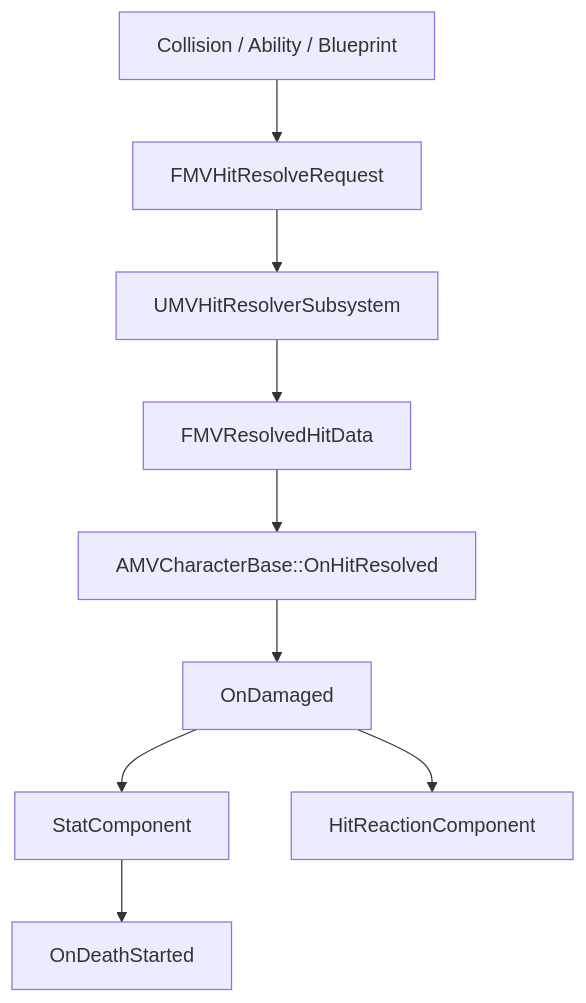
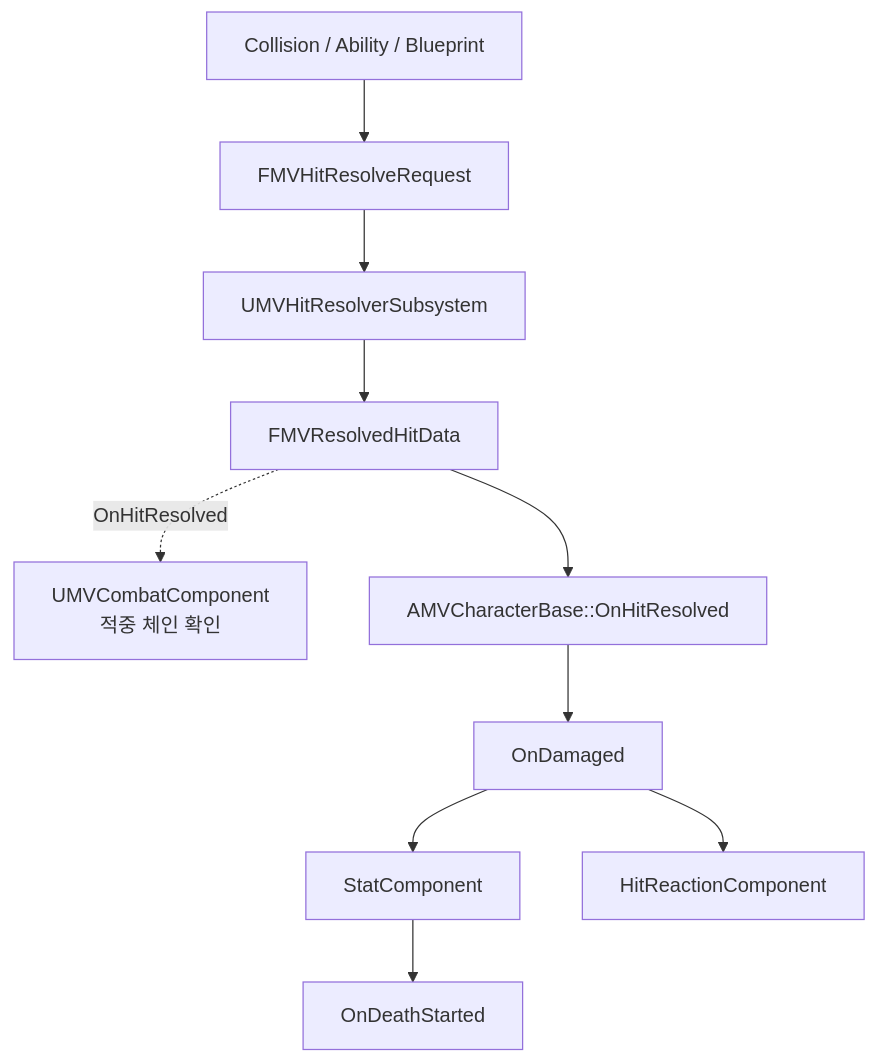
Before and after one commit to DreamersStudio3/Maverick: the first of 2 diagrams in docs/wiki/Features/Hit-Stat-HitReaction/document.md, drawn with Mermaid. The commit also changed other lines of this file and 4 other files, not shown here.

````diff
--- a/docs/wiki/Features/Hit-Stat-HitReaction/document.md
+++ b/docs/wiki/Features/Hit-Stat-HitReaction/document.md
@@ -15,11 +15,12 @@
 ```mermaid
 flowchart TD
     HitSource["Collision / Ability / Blueprint"] --> Request["FMVHitResolveRequest"]
     Request --> Resolver["UMVHitResolverSubsystem"]
     Resolver --> Resolved["FMVResolvedHitData"]
+    Resolved -. "OnHitResolved" .-> Combat["UMVCombatComponent<br/>적중 체인 확인"]
     Resolved --> Character["AMVCharacterBase::OnHitResolved"]
     Character --> Damaged["OnDamaged"]
     Damaged --> Stat["StatComponent"]
     Damaged --> Reaction["HitReactionComponent"]
     Stat --> Death["OnDeathStarted"]
 ```
````
